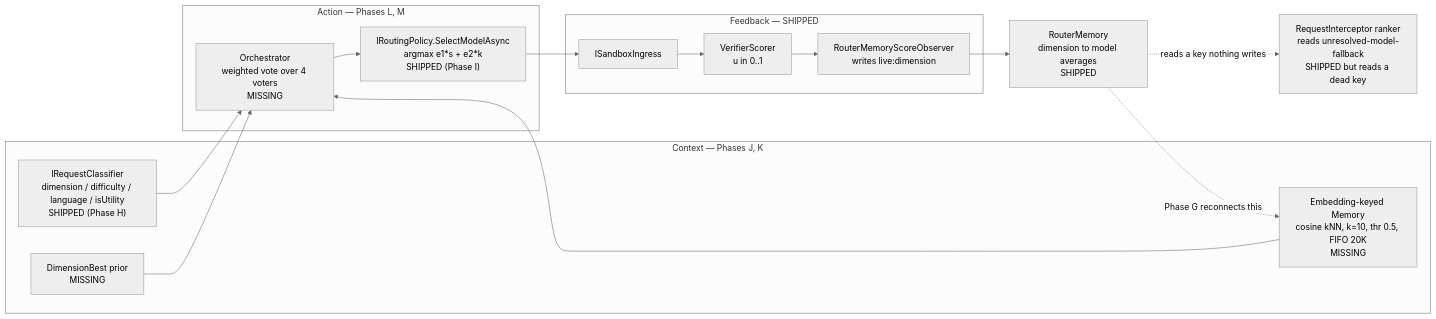
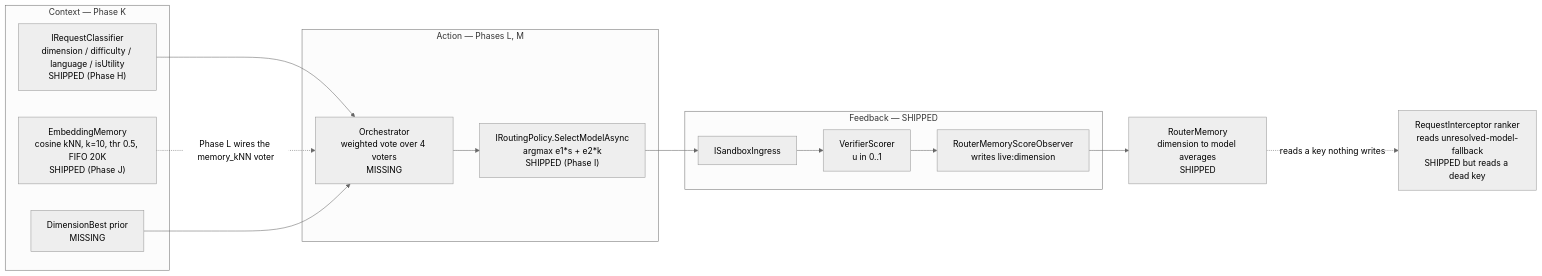
One commit to davidpizon/TotallyHot-ArcRouter changed the diagram in src/PLAN.md. Above: the diagram before and after it, drawn with Mermaid (neutral theme). The commit also changed other lines of this file and 21 other files, not shown here.

First line of the commit message:
Implement embedding-keyed memory for reward routing

````diff
--- a/src/PLAN.md
+++ b/src/PLAN.md
@@ -17,33 +17,32 @@
 ```mermaid
 flowchart LR
-    subgraph CTX["Context — Phases J, K"]
+    subgraph CTX["Context — Phase K"]
         CLS["IRequestClassifier<br/>dimension / difficulty / language / isUtility<br/>SHIPPED (Phase H)"]
-        MEM["Embedding-keyed Memory<br/>cosine kNN, k=10, thr 0.5, FIFO 20K<br/>MISSING"]
+        MEM["EmbeddingMemory<br/>cosine kNN, k=10, thr 0.5, FIFO 20K<br/>SHIPPED (Phase J)"]
         PRIOR["DimensionBest prior<br/>MISSING"]
     end
 
     subgraph ACT["Action — Phases L, M"]
         ORC["Orchestrator<br/>weighted vote over 4 voters<br/>MISSING"]
         POL["IRoutingPolicy.SelectModelAsync<br/>argmax e1*s + e2*k<br/>SHIPPED (Phase I)"]
     end
 
     subgraph FB["Feedback — SHIPPED"]
         ING["ISandboxIngress"]
         VER["VerifierScorer<br/>u in 0..1"]
         OBS["RouterMemoryScoreObserver<br/>writes live:dimension"]
     end
 
     RM["RouterMemory<br/>dimension to model averages<br/>SHIPPED"]
     RI["RequestInterceptor ranker<br/>reads unresolved-model-fallback<br/>SHIPPED but reads a dead key"]
 
     CLS --> ORC
-    MEM --> ORC
+    MEM -.->|"Phase L wires the memory_kNN voter"| ORC
     PRIOR --> ORC
     ORC --> POL
     POL --> ING
     ING --> VER
     VER --> OBS
     OBS --> RM
-    RM -.->|"Phase G reconnects this"| MEM
     RM -.->|"reads a key nothing writes"| RI
 ```
````
